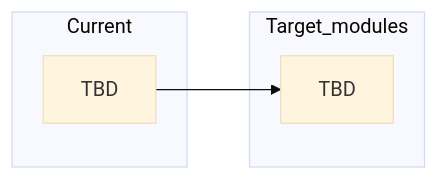
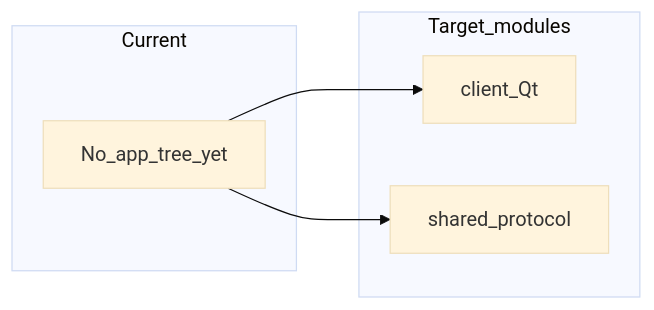
One commit to ArmaghanAsghar/TeamViewer changed the diagram in .cursor/brain/CODEMAP.md. Above: the diagram before and after it, drawn with Mermaid (base theme). The commit also changed other lines of this file and 12 other files, not shown here.

````diff
--- a/.cursor/brain/CODEMAP.md
+++ b/.cursor/brain/CODEMAP.md
@@ -8,10 +10,12 @@
 ```mermaid
 flowchart LR
   subgraph current [Current]
-    TBD1[TBD]
+    None[No_app_tree_yet]
   end
   subgraph target [Target_modules]
-    TBD2[TBD]
+    Client[client_Qt]
+    Shared[shared_protocol]
   end
-  TBD1 --> TBD2
+  None --> Client
+  None --> Shared
 ```
````
